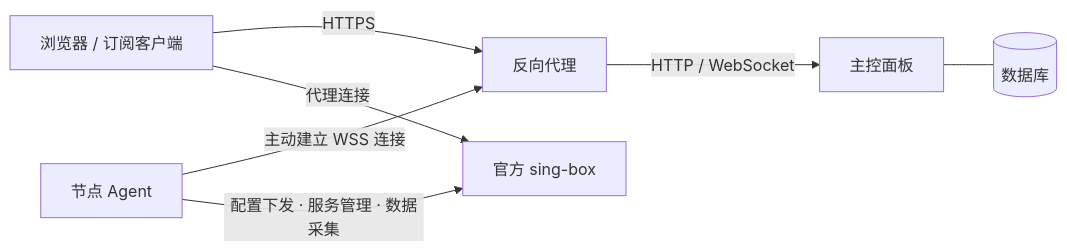
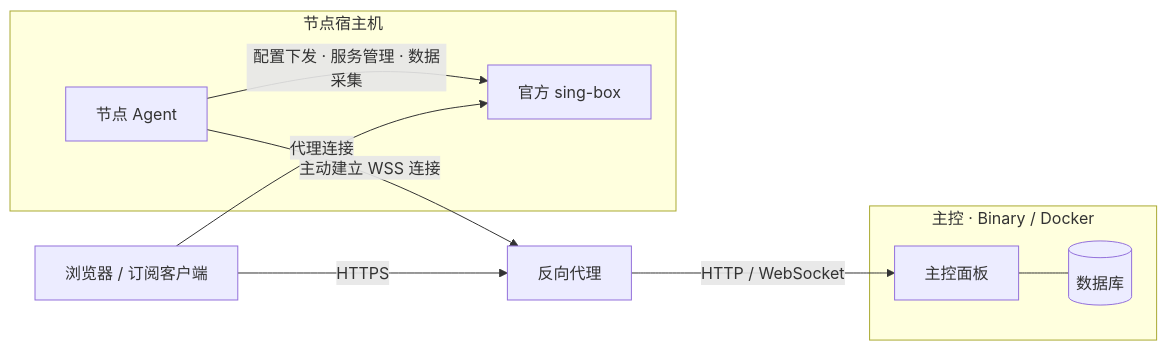
The diagram in README.md (hann0w0/SingBox-Panel), drawn with Mermaid before and after one commit. The commit also changed other lines of this file, not shown here.

````diff
--- a/README.md
+++ b/README.md
@@ -93,9 +20,18 @@
 ```mermaid
 flowchart LR
-    Browser["浏览器 / 订阅客户端"] -->|HTTPS| Proxy["反向代理"]
-    Proxy -->|HTTP / WebSocket| Panel["主控面板"]
-    Panel --- Database[("数据库")]
-    Agent["节点 Agent"] -->|主动建立 WSS 连接| Proxy
-    Agent -->|配置下发 · 服务管理 · 数据采集| SingBox["官方 sing-box"]
+    Browser["浏览器 / 订阅客户端"]
+    Proxy["反向代理"]
+
+    subgraph Control["主控 · Binary / Docker"]
+        Panel["主控面板"] --- Database[("数据库")]
+    end
+
+    subgraph Node["节点宿主机"]
+        Agent["节点 Agent"] -->|配置下发 · 服务管理 · 数据采集| SingBox["官方 sing-box"]
+    end
+
+    Browser -->|HTTPS| Proxy
+    Agent -->|主动建立 WSS 连接| Proxy
+    Proxy -->|HTTP / WebSocket| Panel
     Browser -->|代理连接| SingBox
 ```
````
